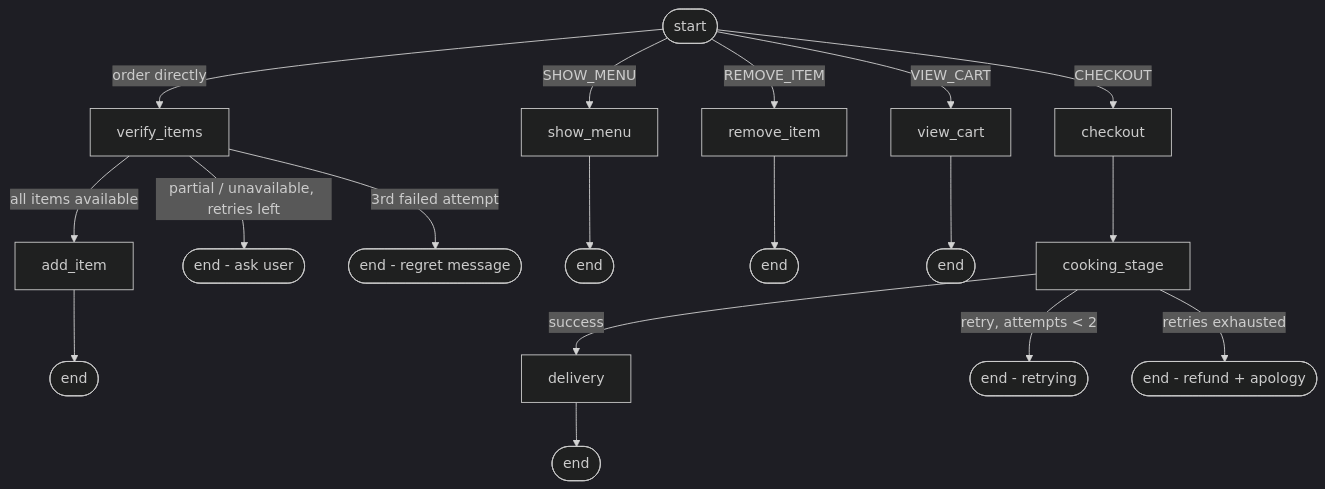
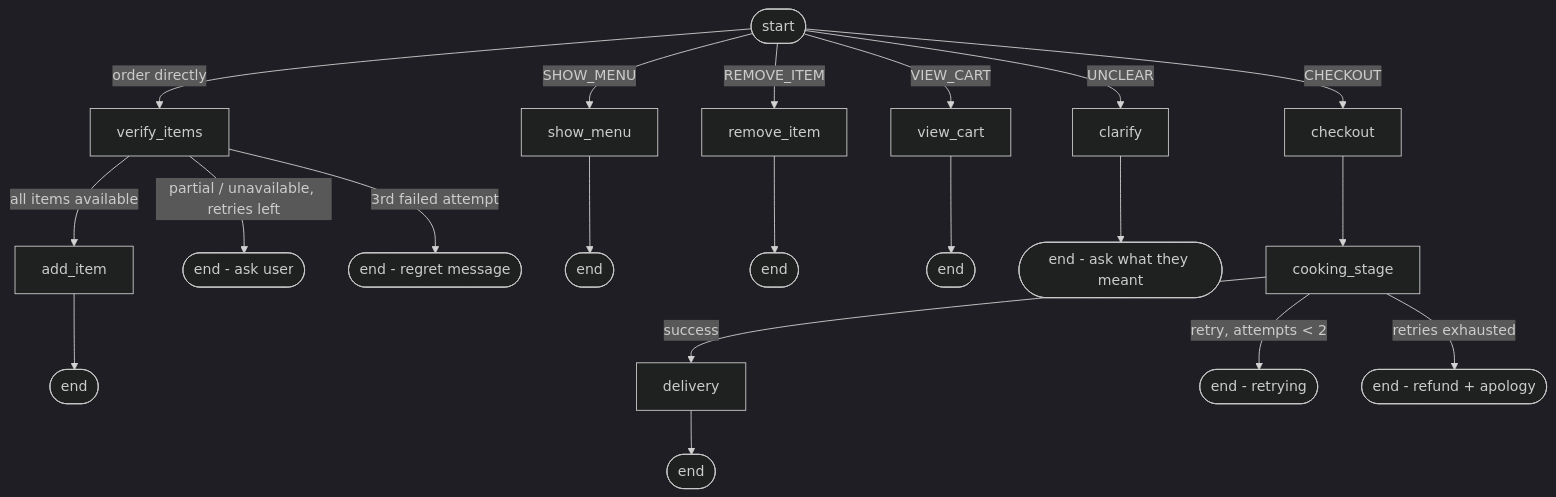
The diagram in README.md (Gauravkr07/restaurant-order-agent), drawn with Mermaid (dark theme) before and after one commit. The commit also changed other lines of this file and 6 other files, not shown here.

````diff
--- a/README.md
+++ b/README.md
@@ -48,23 +57,25 @@
 ```mermaid
 graph TD
     START([start]) -->|SHOW_MENU| show_menu[show_menu]
     START -->|order directly| verify_items[verify_items]
     START -->|REMOVE_ITEM| remove_item[remove_item]
     START -->|VIEW_CART| view_cart[view_cart]
     START -->|CHECKOUT| checkout[checkout]
+    START -->|UNCLEAR| clarify[clarify]
 
     verify_items -->|all items available| add_item[add_item]
     verify_items -->|partial / unavailable, retries left| END1([end - ask user])
     verify_items -->|3rd failed attempt| END2([end - regret message])
 
     add_item --> END3([end])
     show_menu --> END4([end])
     remove_item --> END5([end])
     view_cart --> END6([end])
+    clarify --> END10([end - ask what they meant])
 
     checkout --> cooking_stage[cooking_stage]
     cooking_stage -->|success| delivery[delivery]
     cooking_stage -->|retry, attempts < 2| END7([end - retrying])
     cooking_stage -->|retries exhausted| END8([end - refund + apology])
     delivery --> END9([end])
 ```
````
